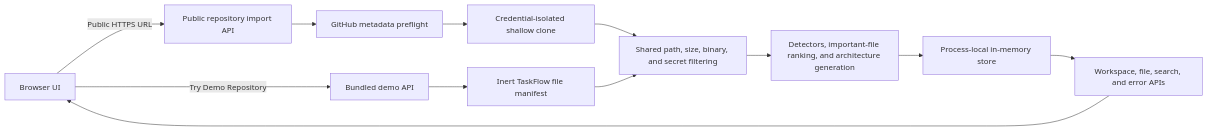
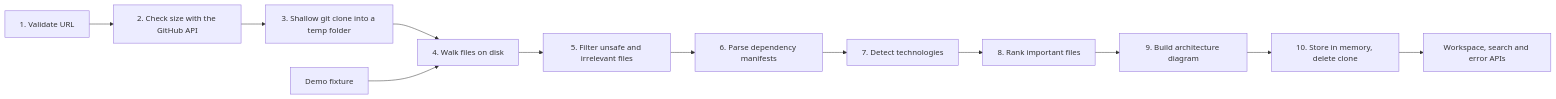
One commit to ameer-hamza68/Codex-Navigator changed the diagram in README.md. Above: the diagram before and after it, drawn with Mermaid. The commit also changed other lines of this file and 1 other file, not shown here.

Commit message:
Add runtime and development dependency parsing from various package manifests

````diff
--- a/README.md
+++ b/README.md
@@ -113,25 +84,14 @@
 ```mermaid
 flowchart LR
-  browser["Browser UI"]
-  importApi["Public repository import API"]
-  demoApi["Bundled demo API"]
-  preflight["GitHub metadata preflight"]
-  clone["Credential-isolated shallow clone"]
-  fixture["Inert TaskFlow file manifest"]
-  filter["Shared path, size, binary, and secret filtering"]
-  analysis["Detectors, important-file ranking, and architecture generation"]
-  store["Process-local in-memory store"]
-  workspace["Workspace, file, search, and error APIs"]
-
-  browser -->|"Public HTTPS URL"| importApi
-  importApi --> preflight
-  preflight --> clone
-  clone --> filter
-  browser -->|"Try Demo Repository"| demoApi
-  demoApi --> fixture
-  fixture --> filter
-  filter --> analysis
-  analysis --> store
-  store --> workspace
-  workspace --> browser
+  url["1. Validate URL"] --> size["2. Check size with the GitHub API"]
+  size --> clone["3. Shallow git clone into a temp folder"]
+  clone --> read["4. Walk files on disk"]
+  demo["Demo fixture"] --> read
+  read --> filter["5. Filter unsafe and irrelevant files"]
+  filter --> deps["6. Parse dependency manifests"]
+  deps --> detect["7. Detect technologies"]
+  detect --> important["8. Rank important files"]
+  important --> arch["9. Build architecture diagram"]
+  arch --> store["10. Store in memory, delete clone"]
+  store --> ui["Workspace, search and error APIs"]
 ```
````
